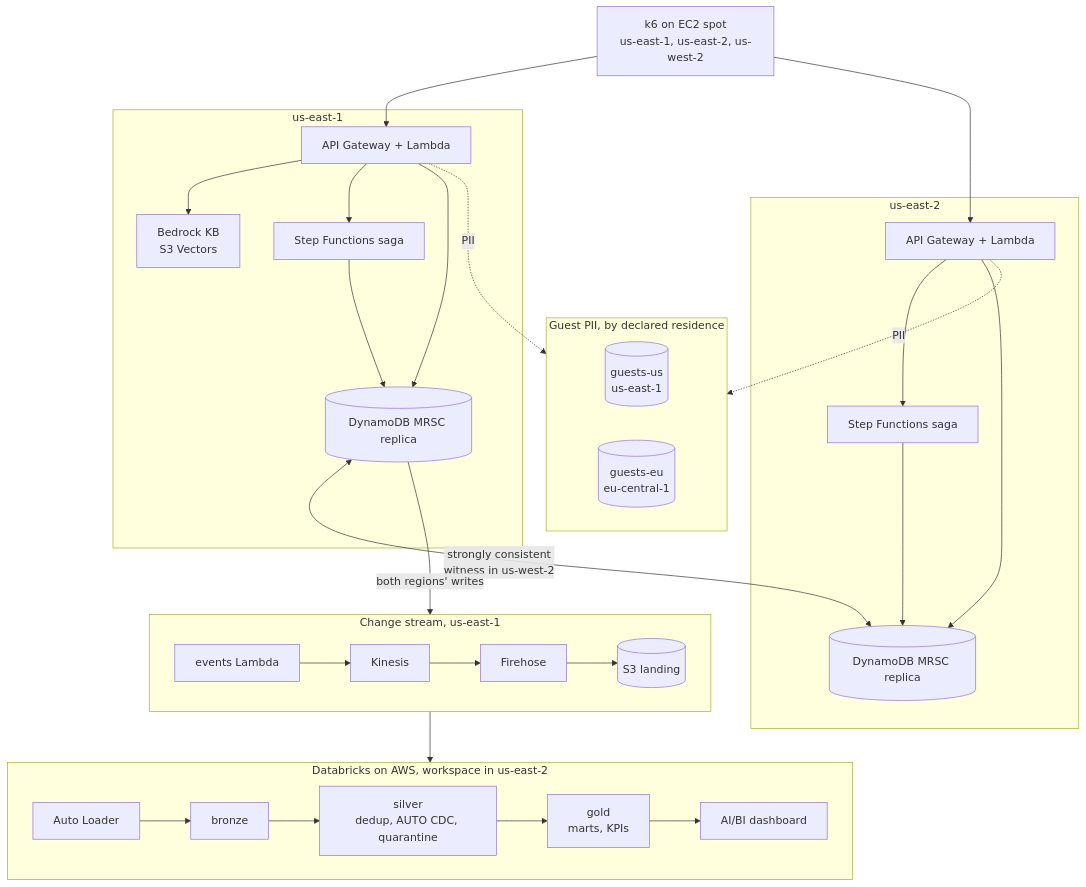
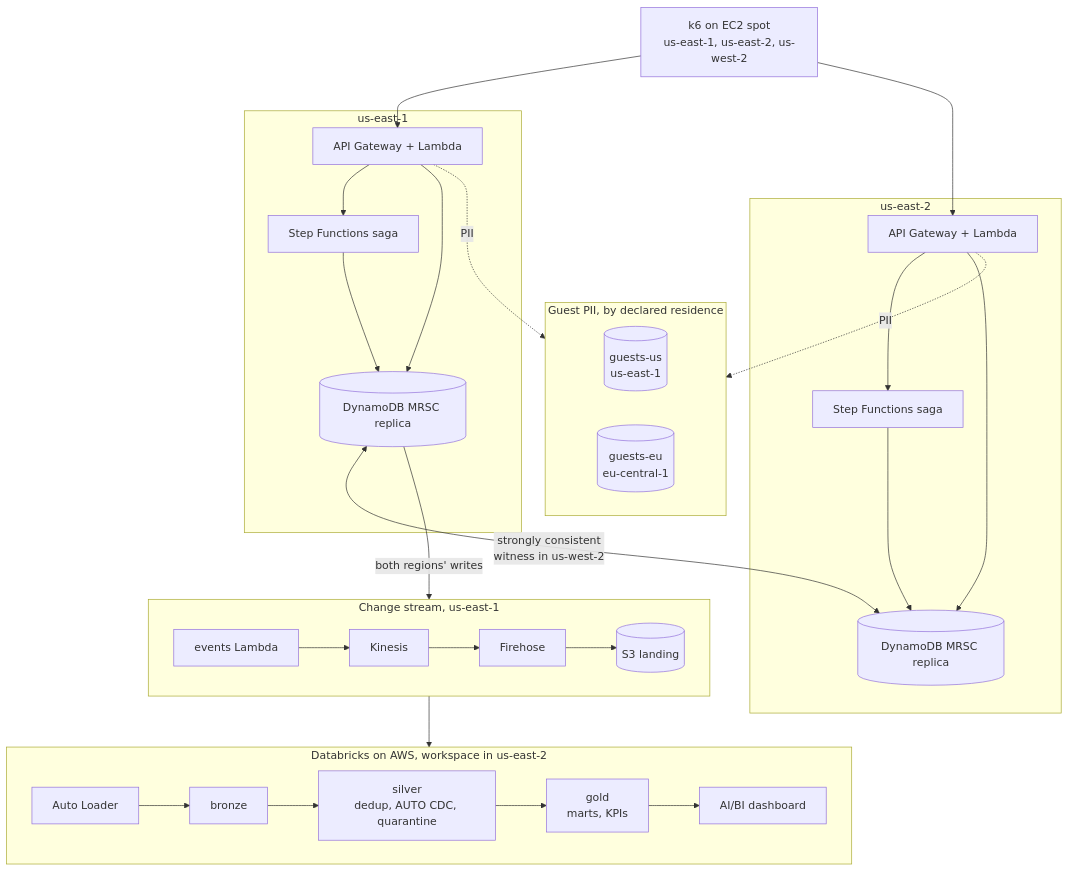
The diagram in README.md (AlexBormotov/databricks-multi-region-booking-aws), drawn with Mermaid before and after one commit. The commit also changed other lines of this file and 26 other files, not shown here.

````diff
--- a/README.md
+++ b/README.md
@@ -40,44 +38,42 @@
 ```mermaid
 flowchart TB
   k6["k6 on EC2 spot<br/>us-east-1, us-east-2, us-west-2"]
 
   subgraph e1[us-east-1]
     api1[API Gateway + Lambda]
     saga1[Step Functions saga]
     t1[(DynamoDB MRSC replica)]
-    kb[Bedrock KB<br/>S3 Vectors]
   end
 
   subgraph e2[us-east-2]
     api2[API Gateway + Lambda]
     saga2[Step Functions saga]
     t2[(DynamoDB MRSC replica)]
   end
 
   subgraph pii[Guest PII, by declared residence]
     direction LR
     gus[(guests-us<br/>us-east-1)]
     geu[(guests-eu<br/>eu-central-1)]
   end
 
   subgraph stream[Change stream, us-east-1]
     direction LR
     ev[events Lambda] --> kin[Kinesis] --> fh[Firehose] --> s3[(S3 landing)]
   end
 
   subgraph dbx[Databricks on AWS, workspace in us-east-2]
     direction LR
     al[Auto Loader] --> br[bronze] --> sv[silver<br/>dedup, AUTO CDC, quarantine] --> gd[gold<br/>marts, KPIs] --> dash[AI/BI dashboard]
   end
 
   k6 --> api1 & api2
-  api1 --> kb
   api1 --> saga1 --> t1
   api2 --> saga2 --> t2
   api1 --> t1
   api2 --> t2
   t1 <-->|"strongly consistent<br/>witness in us-west-2"| t2
   api1 & api2 -.->|PII| pii
   t1 -->|both regions' writes| stream
   stream --> dbx
 ```
````
